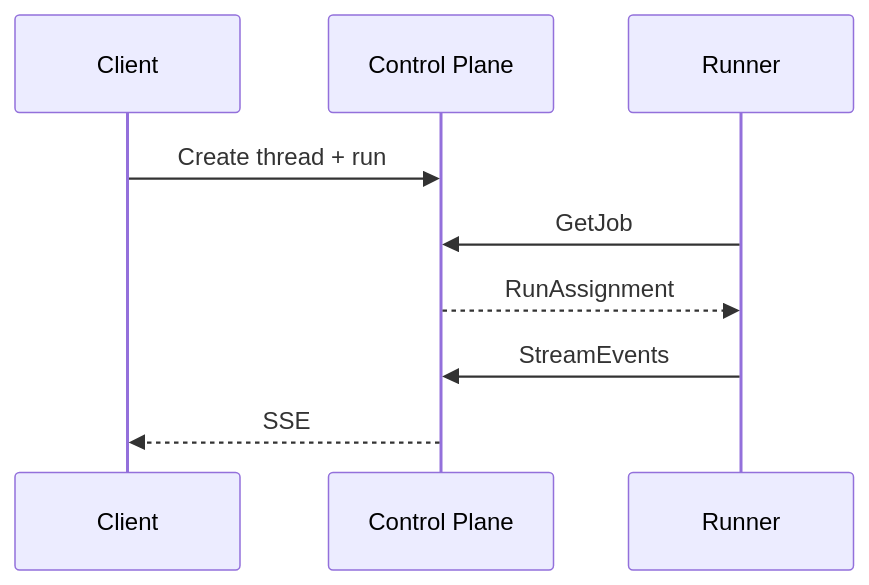
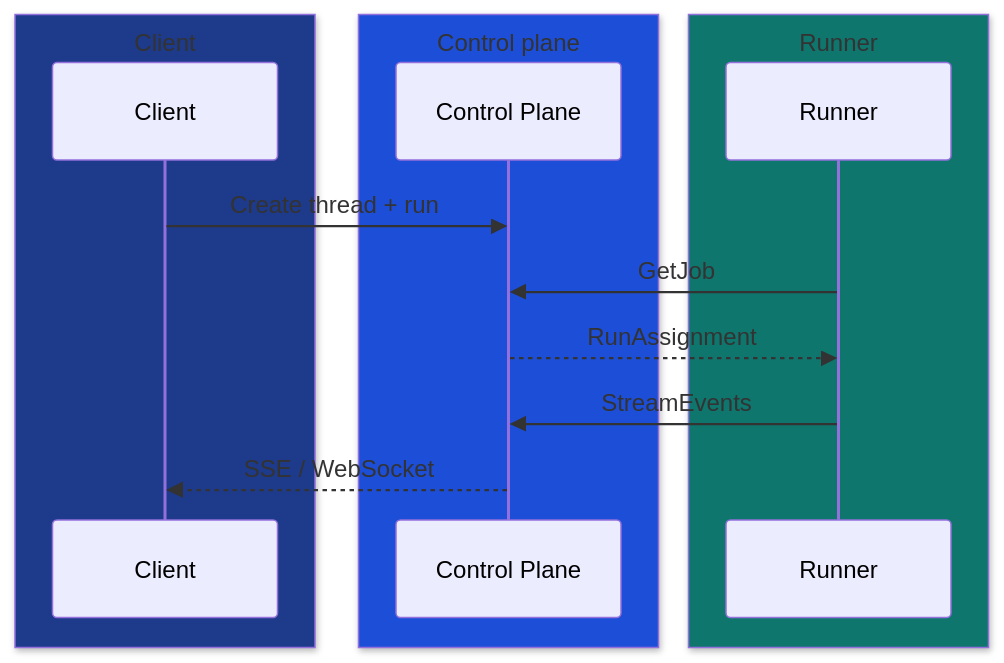
The second of 2 diagrams in README.md (getrunkite/runkite), drawn with Mermaid before and after one commit. The commit also changed other lines of this file and 3 other files, not shown here.

````diff
--- a/README.md
+++ b/README.md
@@ -44,11 +71,17 @@
 ```mermaid
 sequenceDiagram
-  participant C as Client
-  participant CP as Control Plane
-  participant R as Runner
+  box rgb(30,58,138) Client
+    participant C as Client
+  end
+  box rgb(29,78,216) Control plane
+    participant CP as Control Plane
+  end
+  box rgb(15,118,110) Runner
+    participant R as Runner
+  end
   C->>CP: Create thread + run
   R->>CP: GetJob
   CP-->>R: RunAssignment
   R->>CP: StreamEvents
-  CP-->>C: SSE
+  CP-->>C: SSE / WebSocket
 ```
````
